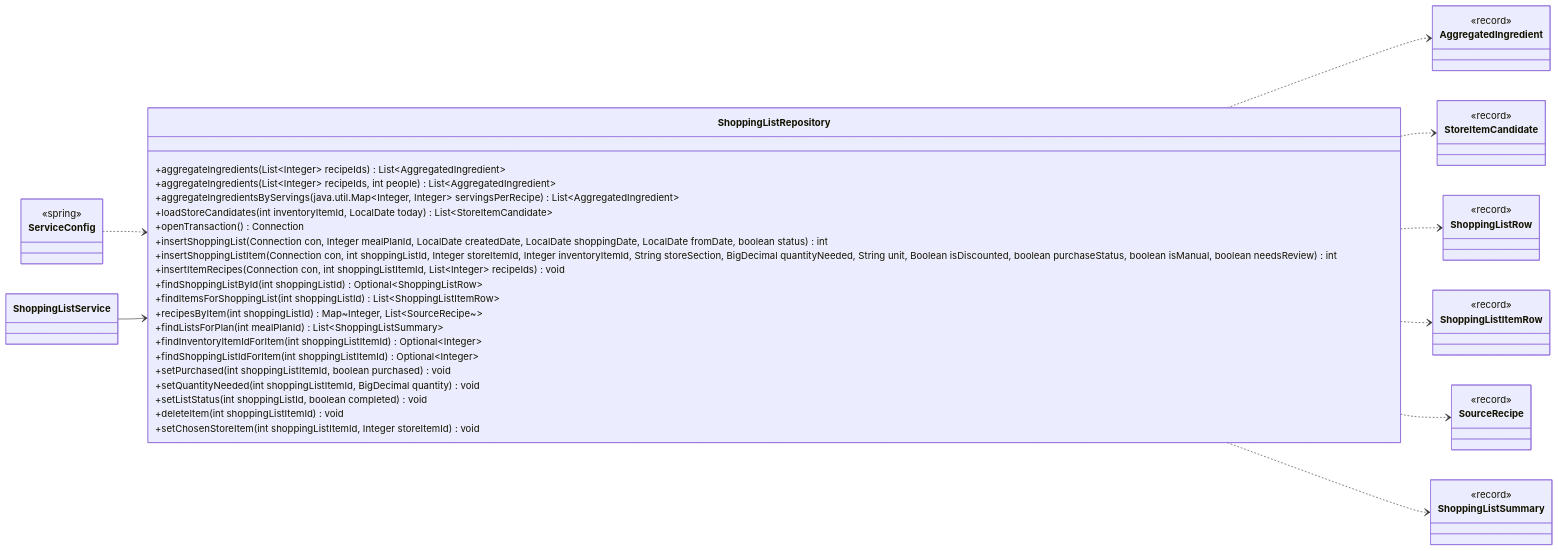
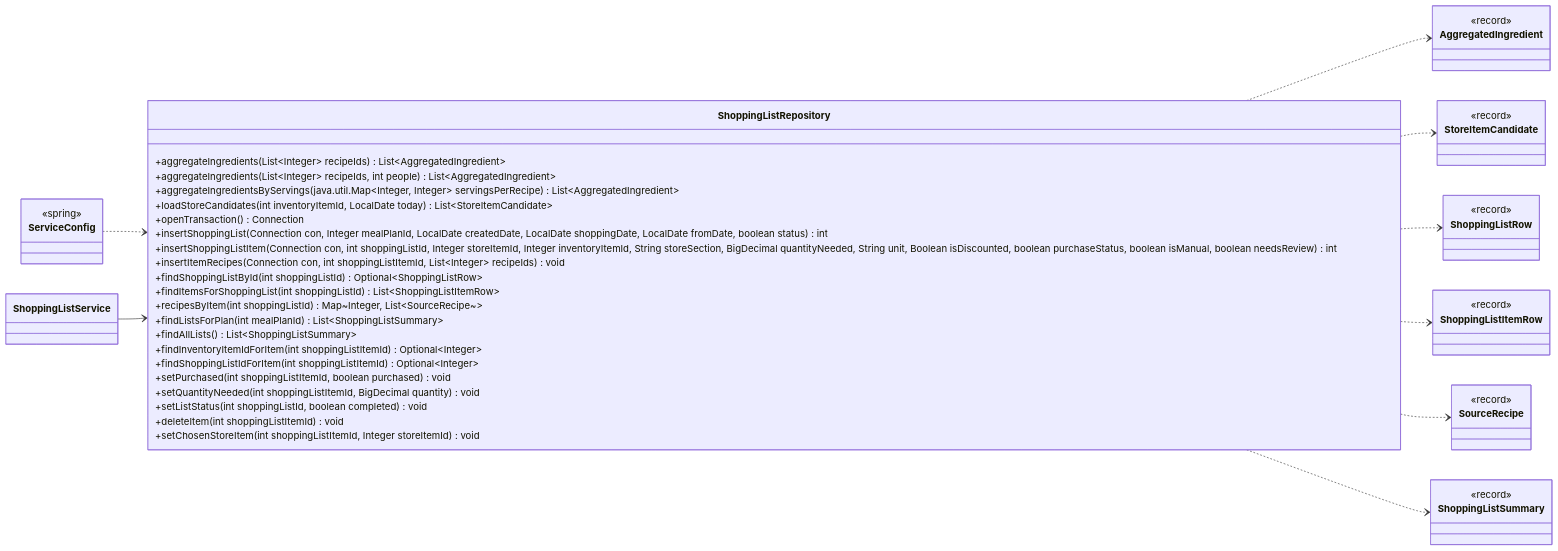
The ninth of 16 diagrams in docs/classes/shopping.md (Nate-ryan-7690/dahaem), drawn with Mermaid before and after one commit. The commit also changed other lines of this file and 6 other files, not shown here.

````diff
--- a/docs/classes/shopping.md
+++ b/docs/classes/shopping.md
@@ -407,55 +407,56 @@
 ```mermaid
 classDiagram
     direction LR
     class shopping_ShoppingListRepository["ShoppingListRepository"] {
         +aggregateIngredients(List~Integer~ recipeIds) List~AggregatedIngredient~
         +aggregateIngredients(List~Integer~ recipeIds, int people) List~AggregatedIngredient~
         +aggregateIngredientsByServings(java.util.Map~Integer, Integer~ servingsPerRecipe) List~AggregatedIngredient~
         +loadStoreCandidates(int inventoryItemId, LocalDate today) List~StoreItemCandidate~
         +openTransaction() Connection
         +insertShoppingList(Connection con, Integer mealPlanId, LocalDate createdDate, LocalDate shoppingDate, LocalDate fromDate, boolean status) int
         +insertShoppingListItem(Connection con, int shoppingListId, Integer storeItemId, Integer inventoryItemId, String storeSection, BigDecimal quantityNeeded, String unit, Boolean isDiscounted, boolean purchaseStatus, boolean isManual, boolean needsReview) int
         +insertItemRecipes(Connection con, int shoppingListItemId, List~Integer~ recipeIds) void
         +findShoppingListById(int shoppingListId) Optional~ShoppingListRow~
         +findItemsForShoppingList(int shoppingListId) List~ShoppingListItemRow~
         +recipesByItem(int shoppingListId) Map~Integer, List~SourceRecipe~~
         +findListsForPlan(int mealPlanId) List~ShoppingListSummary~
+        +findAllLists() List~ShoppingListSummary~
         +findInventoryItemIdForItem(int shoppingListItemId) Optional~Integer~
         +findShoppingListIdForItem(int shoppingListItemId) Optional~Integer~
         +setPurchased(int shoppingListItemId, boolean purchased) void
         +setQuantityNeeded(int shoppingListItemId, BigDecimal quantity) void
         +setListStatus(int shoppingListId, boolean completed) void
         +deleteItem(int shoppingListItemId) void
         +setChosenStoreItem(int shoppingListItemId, Integer storeItemId) void
     }
     class shopping_ShoppingListService["ShoppingListService"]
     class shopping_AggregatedIngredient["AggregatedIngredient"] {
         <<record>>
     }
     class shopping_StoreItemCandidate["StoreItemCandidate"] {
         <<record>>
     }
     class shopping_ShoppingListRow["ShoppingListRow"] {
         <<record>>
     }
     class shopping_ShoppingListItemRow["ShoppingListItemRow"] {
         <<record>>
     }
     class shopping_SourceRecipe["SourceRecipe"] {
         <<record>>
     }
     class shopping_ShoppingListSummary["ShoppingListSummary"] {
         <<record>>
     }
     class api_ServiceConfig["ServiceConfig"] {
         <<spring>>
     }
     shopping_ShoppingListRepository ..> shopping_AggregatedIngredient
     shopping_ShoppingListRepository ..> shopping_StoreItemCandidate
     shopping_ShoppingListRepository ..> shopping_ShoppingListRow
     shopping_ShoppingListRepository ..> shopping_ShoppingListItemRow
     shopping_ShoppingListRepository ..> shopping_SourceRecipe
     shopping_ShoppingListRepository ..> shopping_ShoppingListSummary
     api_ServiceConfig ..> shopping_ShoppingListRepository
     shopping_ShoppingListService --> shopping_ShoppingListRepository
 ```
````
